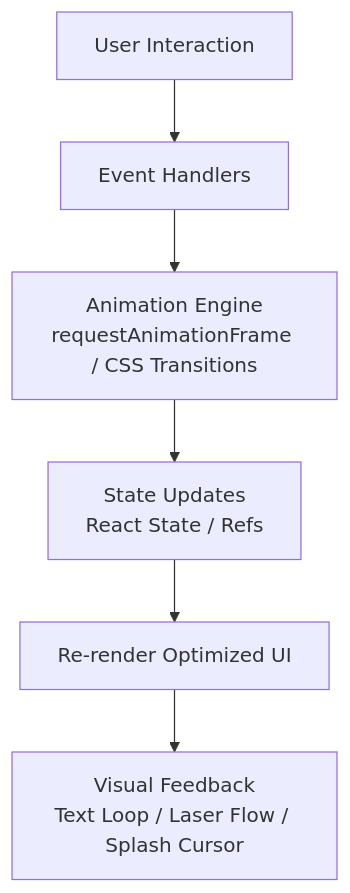
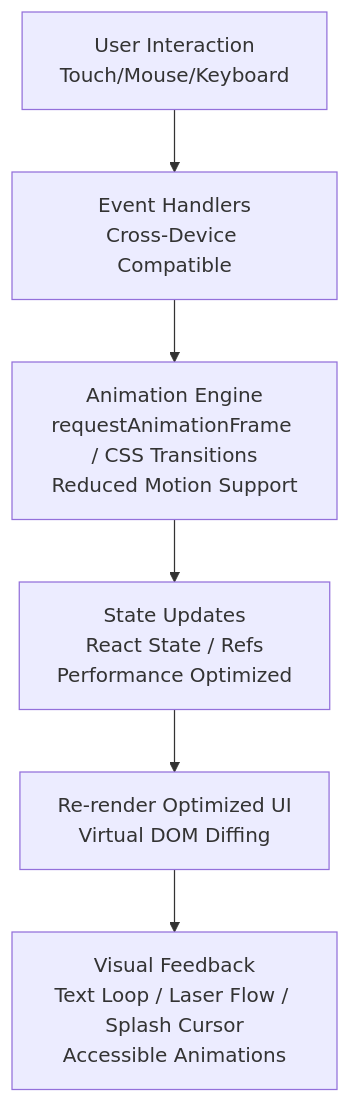
Before and after one commit to HassanAmeer/cheaprouter: the eighth of 9 diagrams in .qoder/repowiki/en/content/Frontend Architecture/Frontend Architecture.md, drawn with Mermaid. The commit also changed other lines of this file and 54 other files, not shown here.

````diff
--- a/.qoder/repowiki/en/content/Frontend Architecture/Frontend Architecture.md
+++ b/.qoder/repowiki/en/content/Frontend Architecture/Frontend Architecture.md
@@ -477,8 +522,8 @@
 ```mermaid
 flowchart TD
-A["User Interaction"] --> B["Event Handlers"]
-B --> C["Animation Engine<br/>requestAnimationFrame / CSS Transitions"]
-C --> D["State Updates<br/>React State / Refs"]
-D --> E["Re-render Optimized UI"]
-E --> F["Visual Feedback<br/>Text Loop / Laser Flow / Splash Cursor"]
+A["User Interaction<br/>Touch/Mouse/Keyboard"] --> B["Event Handlers<br/>Cross-Device Compatible"]
+B --> C["Animation Engine<br/>requestAnimationFrame / CSS Transitions<br/>Reduced Motion Support"]
+C --> D["State Updates<br/>React State / Refs<br/>Performance Optimized"]
+D --> E["Re-render Optimized UI<br/>Virtual DOM Diffing"]
+E --> F["Visual Feedback<br/>Text Loop / Laser Flow / Splash Cursor<br/>Accessible Animations"]
 ```
````
